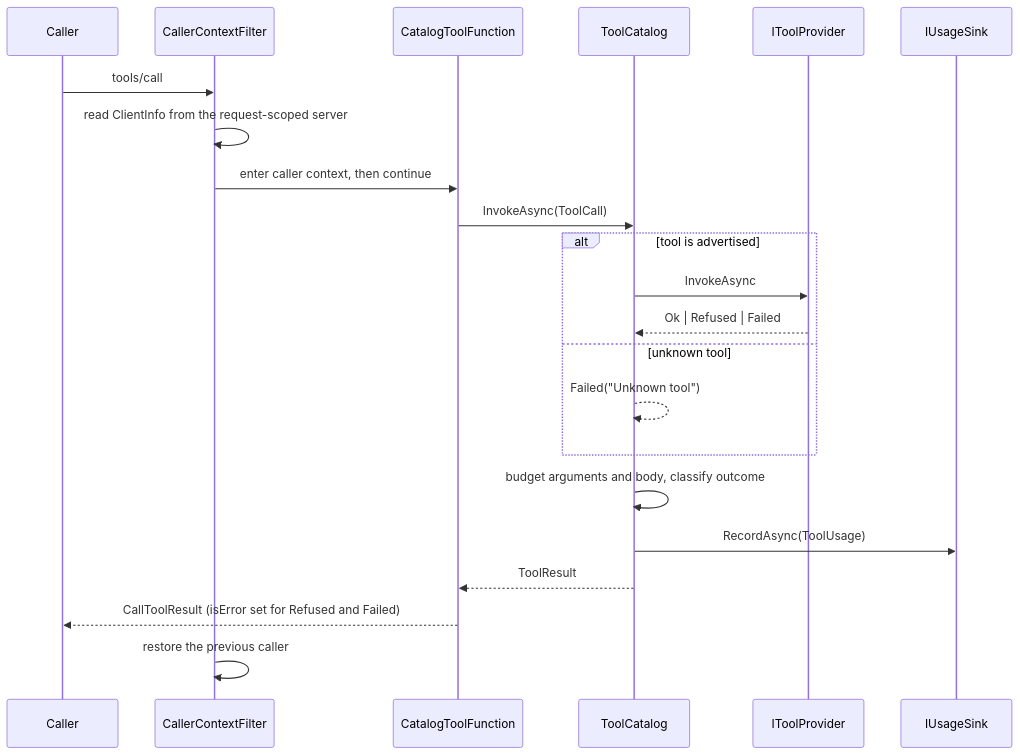
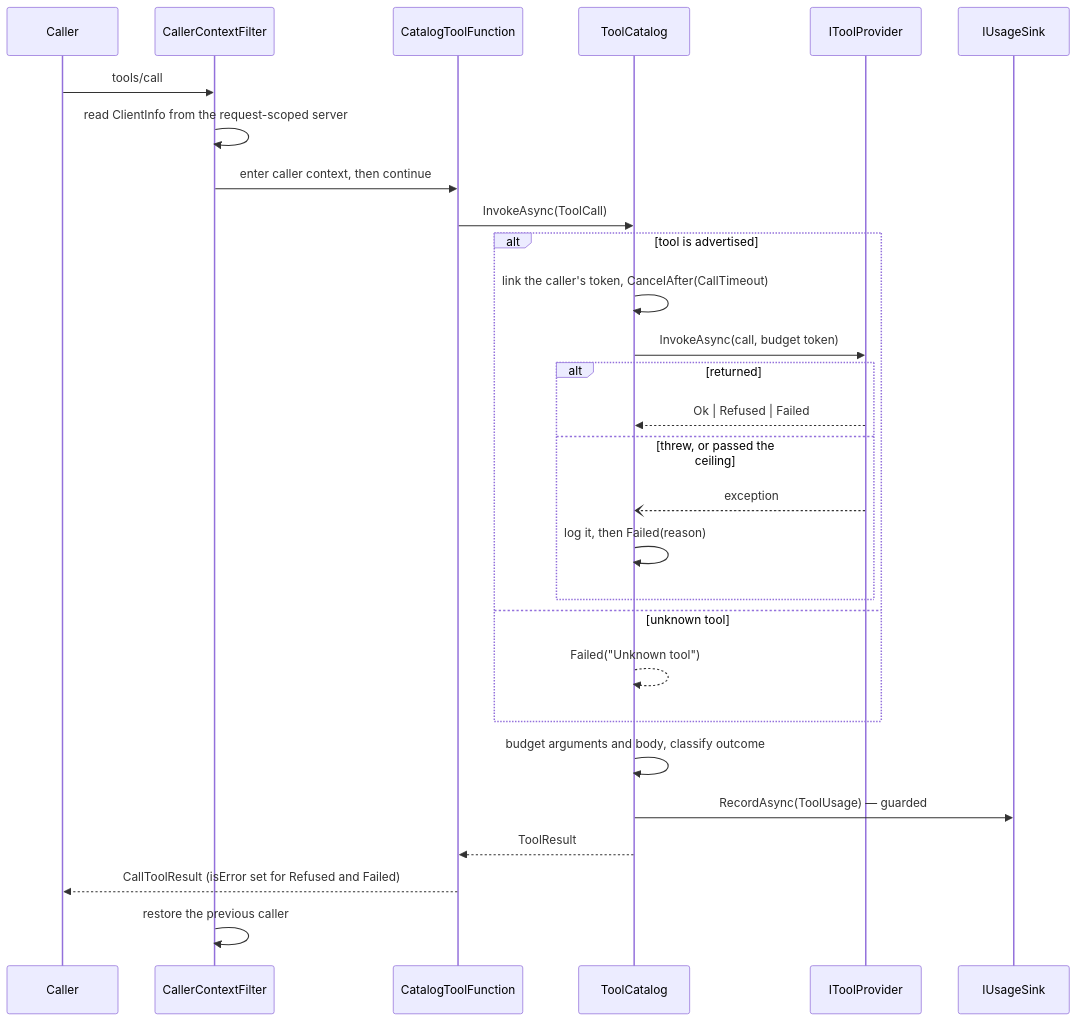
One commit to oleksandrdubyna88/dew_flow_mcp changed the second of 2 diagrams in research/architecture.md. Above: the diagram before and after it, drawn with Mermaid. The commit also changed other lines of this file and 20 other files, not shown here.

````diff
--- a/research/architecture.md
+++ b/research/architecture.md
@@ -88,25 +89,31 @@
 ```mermaid
 sequenceDiagram
     participant C as Caller
     participant F as CallerContextFilter
     participant A as CatalogToolFunction
     participant T as ToolCatalog
     participant P as IToolProvider
     participant S as IUsageSink
 
     C->>F: tools/call
     F->>F: read ClientInfo from the request-scoped server
     F->>A: enter caller context, then continue
     A->>T: InvokeAsync(ToolCall)
     alt tool is advertised
-        T->>P: InvokeAsync
-        P-->>T: Ok | Refused | Failed
+        T->>T: link the caller's token, CancelAfter(CallTimeout)
+        T->>P: InvokeAsync(call, budget token)
+        alt returned
+            P-->>T: Ok | Refused | Failed
+        else threw, or passed the ceiling
+            P--)T: exception
+            T->>T: log it, then Failed(reason)
+        end
     else unknown tool
         T-->>T: Failed("Unknown tool")
     end
     T->>T: budget arguments and body, classify outcome
-    T->>S: RecordAsync(ToolUsage)
+    T->>S: RecordAsync(ToolUsage) — guarded
     T-->>A: ToolResult
     A-->>C: CallToolResult (isError set for Refused and Failed)
     F->>F: restore the previous caller
 ```
````
